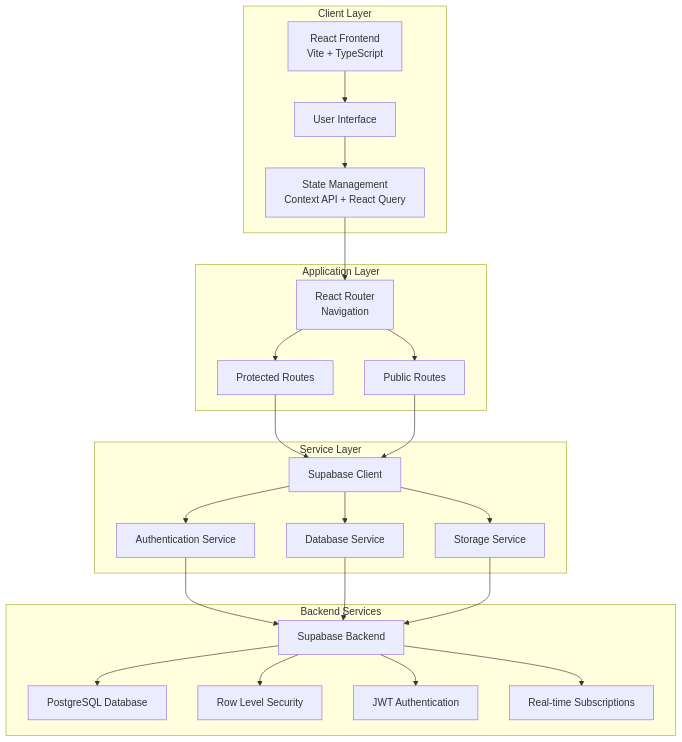
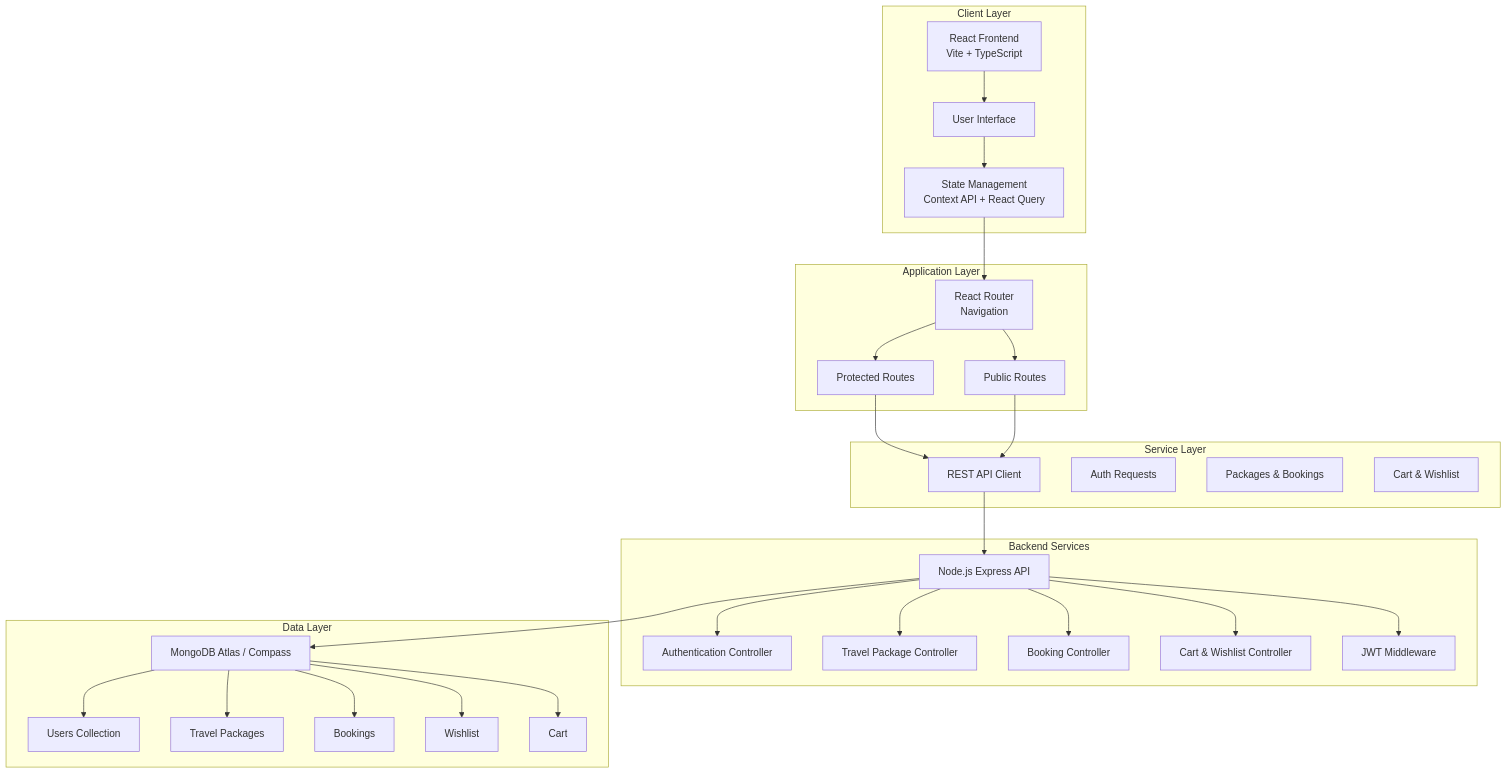
Before and after one commit to Thesushmit/Travel-package-website: the first of 7 diagrams in README.md, drawn with Mermaid. The commit also changed other lines of this file and 48 other files, not shown here.

Commit message:
Refactor backend to use Node.js and Express with MongoDB; update README and setup documentation. Replace Supabase with REST API for authentication and data management. Adjust frontend to integrate with new API structure, including changes to package and booking handling.

````diff
--- a/README.md
+++ b/README.md
@@ -48,47 +48,59 @@
 ```mermaid
 graph TB
     subgraph "Client Layer"
         A[React Frontend<br/>Vite + TypeScript]
         A1[User Interface]
         A2[State Management<br/>Context API + React Query]
     end
     
     subgraph "Application Layer"
         B[React Router<br/>Navigation]
         B1[Protected Routes]
         B2[Public Routes]
     end
     
     subgraph "Service Layer"
-        C[Supabase Client]
-        C1[Authentication Service]
-        C2[Database Service]
-        C3[Storage Service]
+        C[REST API Client]
+        C1[Auth Requests]
+        C2[Packages & Bookings]
+        C3[Cart & Wishlist]
     end
     
     subgraph "Backend Services"
-        D[Supabase Backend]
-        D1[PostgreSQL Database]
-        D2[Row Level Security]
-        D3[JWT Authentication]
-        D4[Real-time Subscriptions]
+        D[Node.js Express API]
+        D1[Authentication Controller]
+        D2[Travel Package Controller]
+        D3[Booking Controller]
+        D4[Cart & Wishlist Controller]
+        D5[JWT Middleware]
+    end
+    
+    subgraph "Data Layer"
+        E[MongoDB Atlas / Compass]
+        E1[Users Collection]
+        E2[Travel Packages]
+        E3[Bookings]
+        E4[Wishlist]
+        E5[Cart]
     end
     
     A --> A1
     A1 --> A2
     A2 --> B
     B --> B1
     B --> B2
     B1 --> C
     B2 --> C
-    C --> C1
-    C --> C2
-    C --> C3
-    C1 --> D
-    C2 --> D
-    C3 --> D
+    C --> D
     D --> D1
     D --> D2
     D --> D3
     D --> D4
+    D --> D5
+    D --> E
+    E --> E1
+    E --> E2
+    E --> E3
+    E --> E4
+    E --> E5
 ```
````
